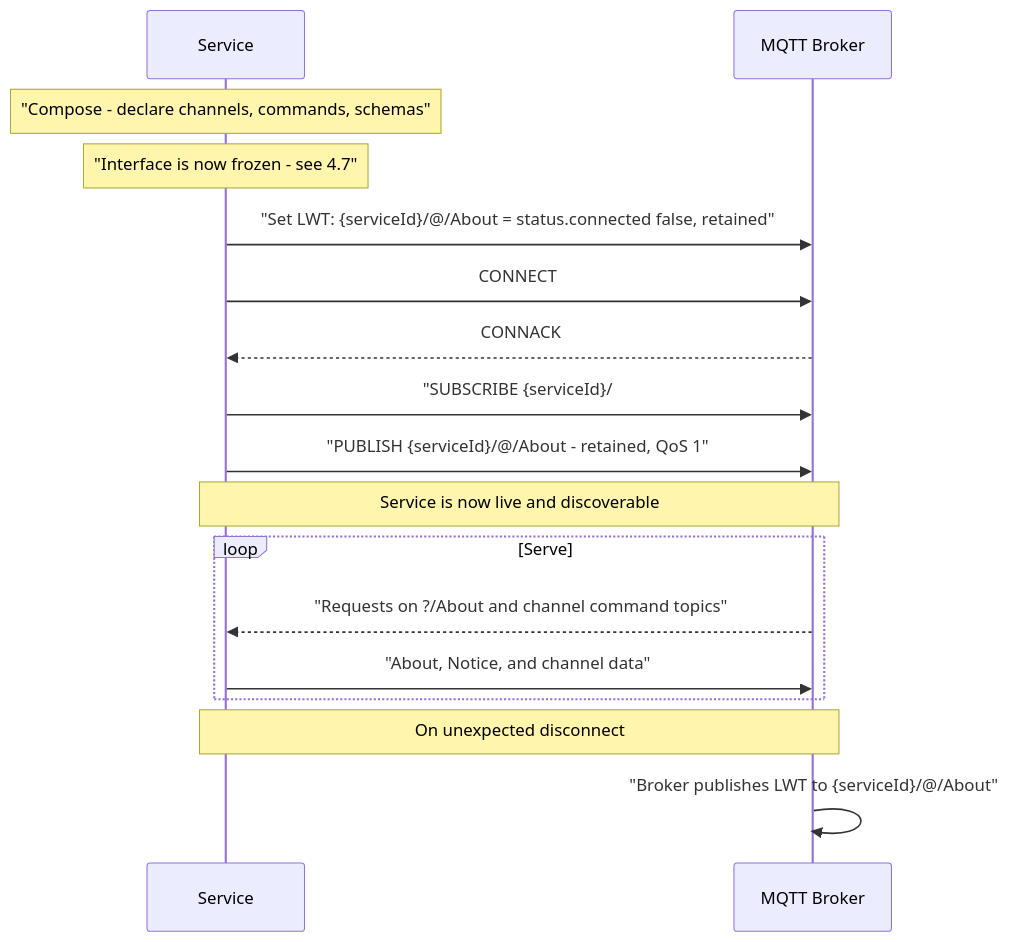
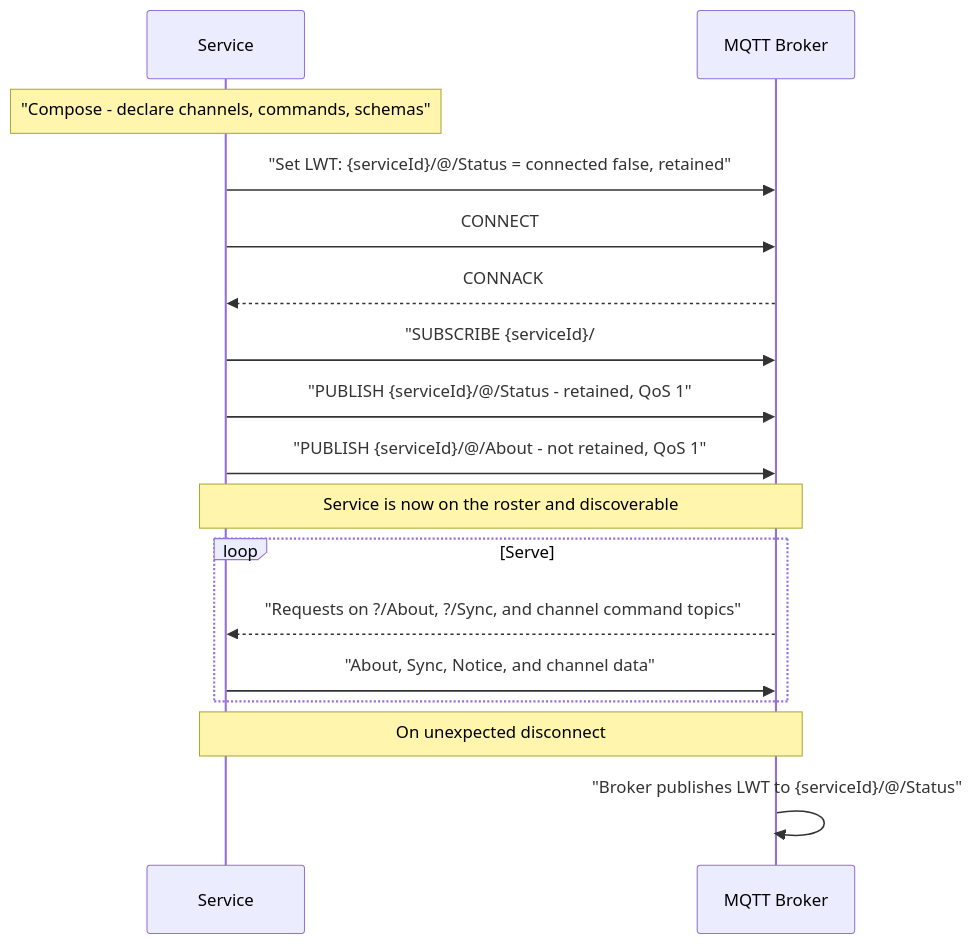
The fifth of 9 diagrams in docs/protocol.md (BuildLynx/lynx-sdk-python), drawn with Mermaid before and after one commit. The commit also changed other lines of this file, not shown here.

Commit message:
Updated docs with new Status endpoint and about network heirarchy and About being non-retained

````diff
--- a/docs/protocol.md
+++ b/docs/protocol.md
@@ -456,23 +676,23 @@
 ```mermaid
 sequenceDiagram
     participant S as Service
     participant B as MQTT Broker
 
     Note over S: "Compose - declare channels, commands, schemas"
-    Note over S: "Interface is now frozen - see 4.7"
 
-    S->>B: "Set LWT: {serviceId}/@/About = status.connected false, retained"
+    S->>B: "Set LWT: {serviceId}/@/Status = connected false, retained"
     S->>B: CONNECT
     B-->>S: CONNACK
     S->>B: "SUBSCRIBE {serviceId}/#"
-    S->>B: "PUBLISH {serviceId}/@/About - retained, QoS 1"
-    Note over S,B: Service is now live and discoverable
+    S->>B: "PUBLISH {serviceId}/@/Status - retained, QoS 1"
+    S->>B: "PUBLISH {serviceId}/@/About - not retained, QoS 1"
+    Note over S,B: Service is now on the roster and discoverable
 
     loop Serve
-        B-->>S: "Requests on ?/About and channel command topics"
-        S->>B: "About, Notice, and channel data"
+        B-->>S: "Requests on ?/About, ?/Sync, and channel command topics"
+        S->>B: "About, Sync, Notice, and channel data"
     end
 
     Note over S,B: On unexpected disconnect
-    B->>B: "Broker publishes LWT to {serviceId}/@/About"
+    B->>B: "Broker publishes LWT to {serviceId}/@/Status"
 ```
````
